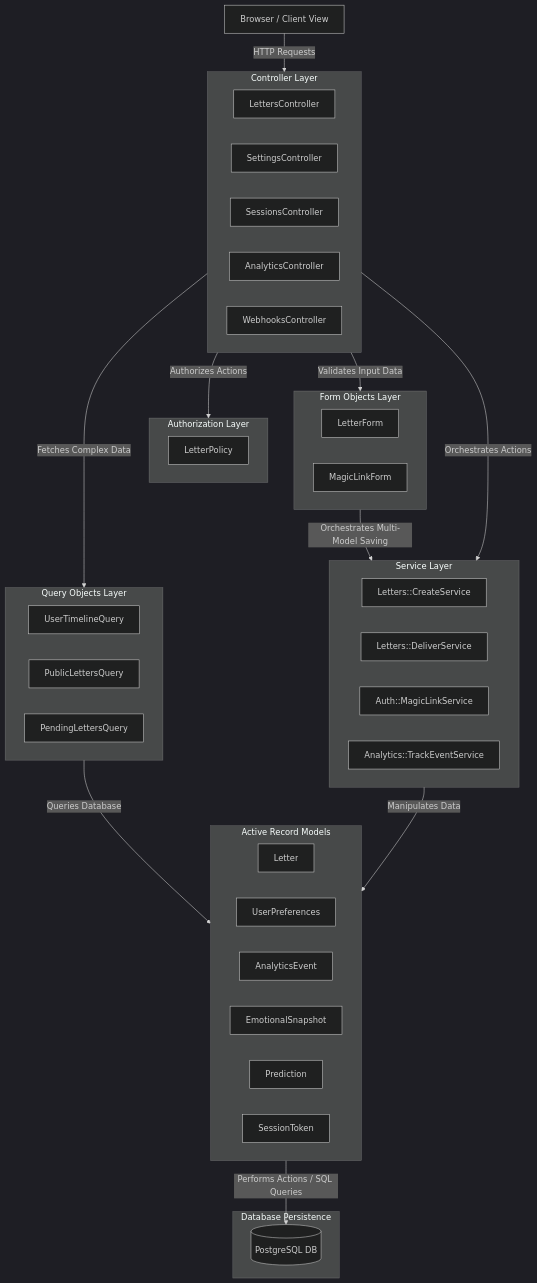
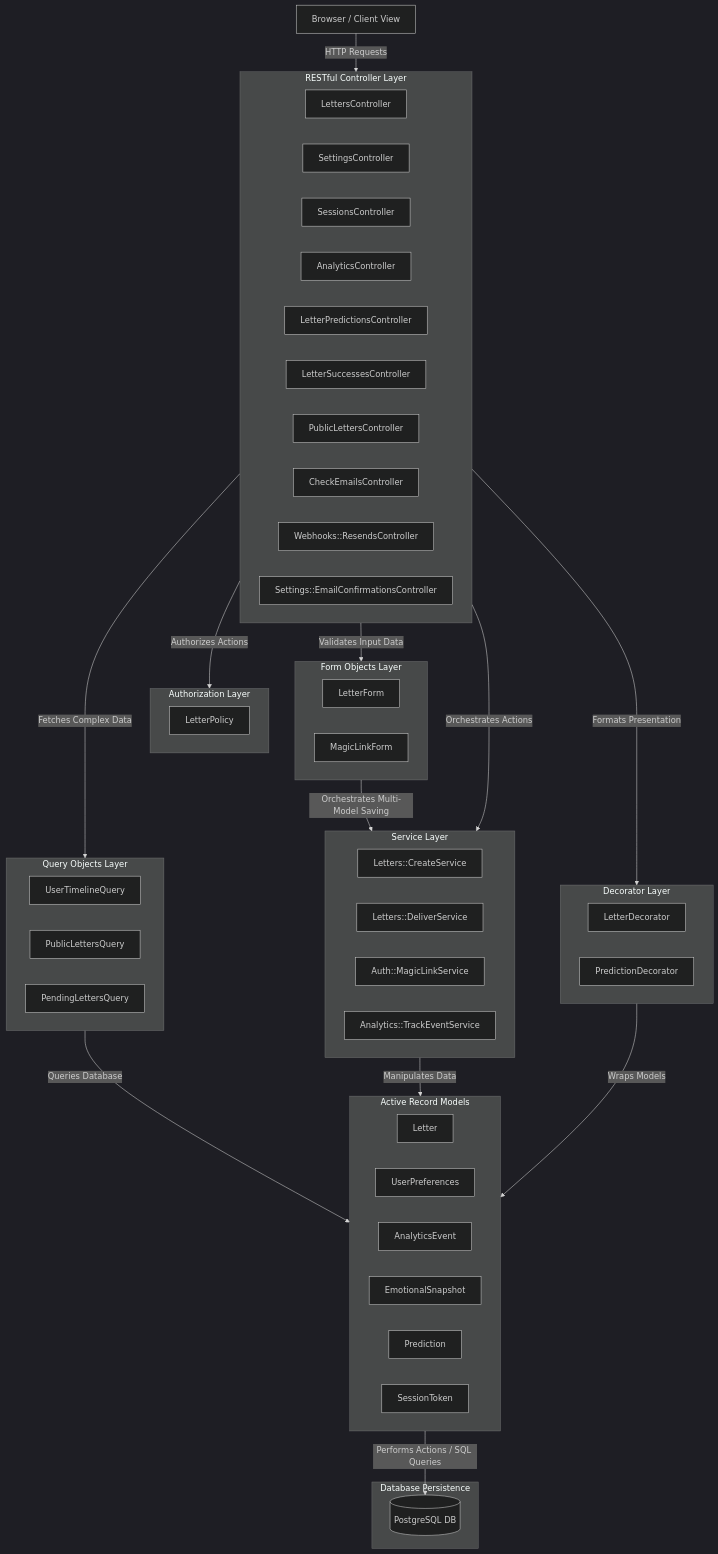
One commit to nmenag/time_echo changed the first of 5 diagrams in docs/architecture.md. Above: the diagram before and after it, drawn with Mermaid (dark theme). The commit also changed other lines of this file and 1 other file, not shown here.

````diff
--- a/docs/architecture.md
+++ b/docs/architecture.md
@@ -13,57 +13,69 @@
 ```mermaid
 graph TD
     Client[Browser / Client View]
     
-    subgraph Controllers [Controller Layer]
+    subgraph Controllers [RESTful Controller Layer]
         LC[LettersController]
         SC[SettingsController]
         SessC[SessionsController]
         AC[AnalyticsController]
-        WC[WebhooksController]
+        LPC[LetterPredictionsController]
+        LSC[LetterSuccessesController]
+        PLC[PublicLettersController]
+        CEC[CheckEmailsController]
+        WRC[Webhooks::ResendsController]
+        SEC[Settings::EmailConfirmationsController]
+    end
+
+    subgraph Decorators [Decorator Layer]
+        LD[LetterDecorator]
+        PD[PredictionDecorator]
     end
 
     subgraph Policies [Authorization Layer]
         LP[LetterPolicy]
     end
 
     subgraph Forms [Form Objects Layer]
         LF[LetterForm]
         MLF[MagicLinkForm]
     end
 
     subgraph Services [Service Layer]
         CS[Letters::CreateService]
         DS[Letters::DeliverService]
         MLS[Auth::MagicLinkService]
         TES[Analytics::TrackEventService]
     end
 
     subgraph Queries [Query Objects Layer]
         UTQ[UserTimelineQuery]
         PLQ[PublicLettersQuery]
         PLQ2[PendingLettersQuery]
     end
 
     subgraph Models [Active Record Models]
         Let[Letter]
         Pref[UserPreferences]
         Evt[AnalyticsEvent]
         Snap[EmotionalSnapshot]
         Pred[Prediction]
         Tok[SessionToken]
     end
 
     subgraph Database [Database Persistence]
         PG[(PostgreSQL DB)]
     end
 
     Client -->|HTTP Requests| Controllers
     Controllers -->|Authorizes Actions| Policies
     Controllers -->|Validates Input Data| Forms
     Forms -->|Orchestrates Multi-Model Saving| Services
     Controllers -->|Orchestrates Actions| Services
     Controllers -->|Fetches Complex Data| Queries
     Queries -->|Queries Database| Models
     Services -->|Manipulates Data| Models
+    Controllers -->|Formats Presentation| Decorators
+    Decorators -->|Wraps Models| Models
     Models -->|Performs Actions / SQL Queries| PG
 ```
````
